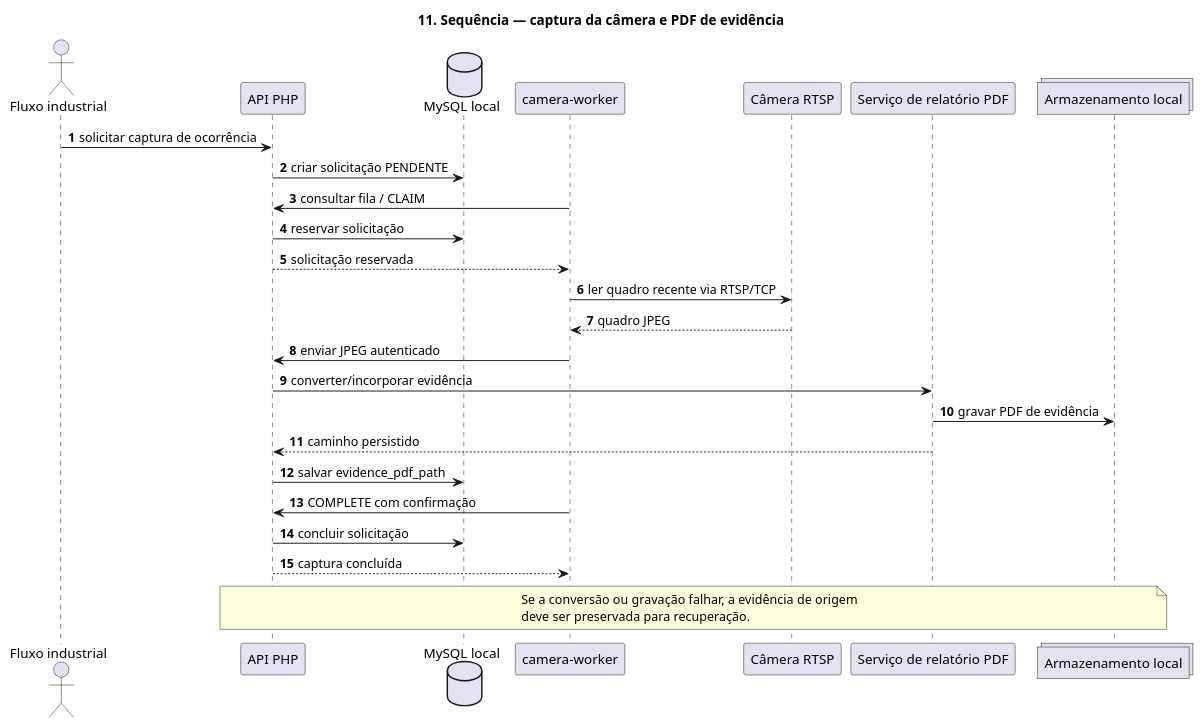
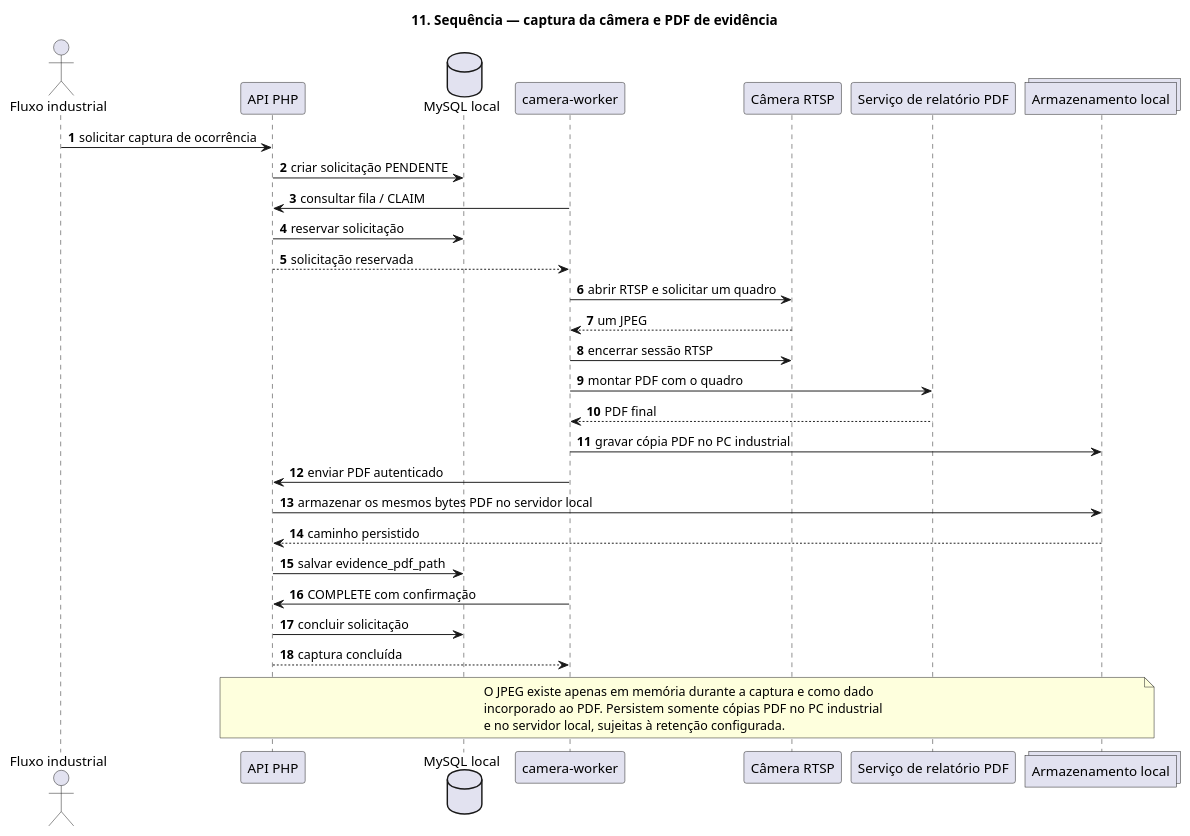
One commit to VItoraaraujoo/Dallogix-Trace-System changed the diagram in documentacao/arquitetura/uml/11-diagrama-de-sequencia.puml. Above: the diagram before and after it, drawn with PlantUML. The commit also changed 276 other files, not shown here.

```diff
--- a/documentacao/arquitetura/uml/11-diagrama-de-sequencia.puml
+++ b/documentacao/arquitetura/uml/11-diagrama-de-sequencia.puml
@@ -1,33 +1,37 @@
 @startuml trace-11-sequence
 title 11. Sequência — captura da câmera e PDF de evidência
 autonumber
 
 actor "Fluxo industrial" as Flow
 participant "API PHP" as API
 database "MySQL local" as DB
 participant "camera-worker" as Worker
 participant "Câmera RTSP" as Camera
 participant "Serviço de relatório PDF" as PDF
 collections "Armazenamento local" as Storage
 
 Flow -> API : solicitar captura de ocorrência
 API -> DB : criar solicitação PENDENTE
 Worker -> API : consultar fila / CLAIM
 API -> DB : reservar solicitação
 API --> Worker : solicitação reservada
-Worker -> Camera : ler quadro recente via RTSP/TCP
-Camera --> Worker : quadro JPEG
-Worker -> API : enviar JPEG autenticado
-API -> PDF : converter/incorporar evidência
-PDF -> Storage : gravar PDF de evidência
-PDF --> API : caminho persistido
+Worker -> Camera : abrir RTSP e solicitar um quadro
+Camera --> Worker : um JPEG
+Worker -> Camera : encerrar sessão RTSP
+Worker -> PDF : montar PDF com o quadro
+PDF --> Worker : PDF final
+Worker -> Storage : gravar cópia PDF no PC industrial
+Worker -> API : enviar PDF autenticado
+API -> Storage : armazenar os mesmos bytes PDF no servidor local
+Storage --> API : caminho persistido
 API -> DB : salvar evidence_pdf_path
 Worker -> API : COMPLETE com confirmação
 API -> DB : concluir solicitação
 API --> Worker : captura concluída
 
 note over API,Storage
-Se a conversão ou gravação falhar, a evidência de origem
-deve ser preservada para recuperação.
+O JPEG existe apenas em memória durante a captura e como dado
+incorporado ao PDF. Persistem somente cópias PDF no PC industrial
+e no servidor local, sujeitas à retenção configurada.
 end note
 @enduml
```
